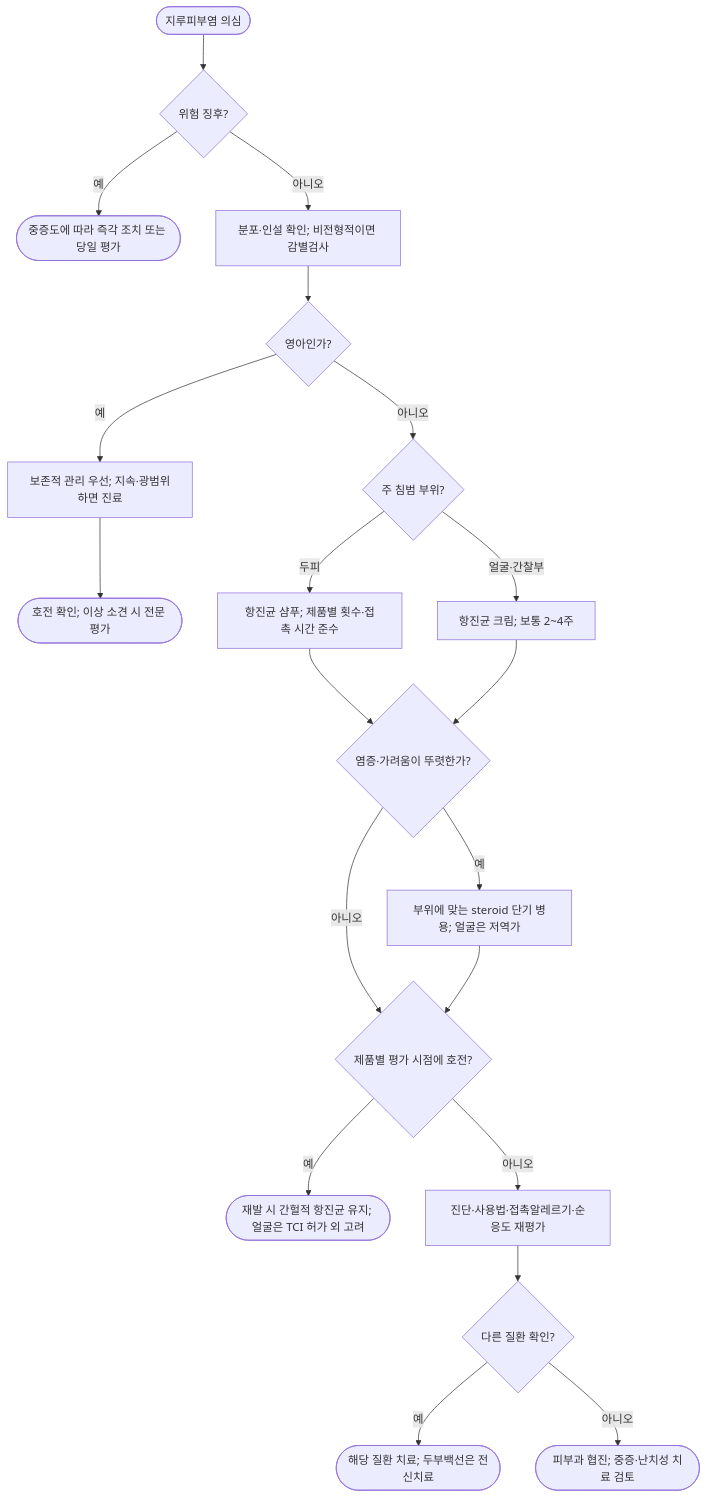
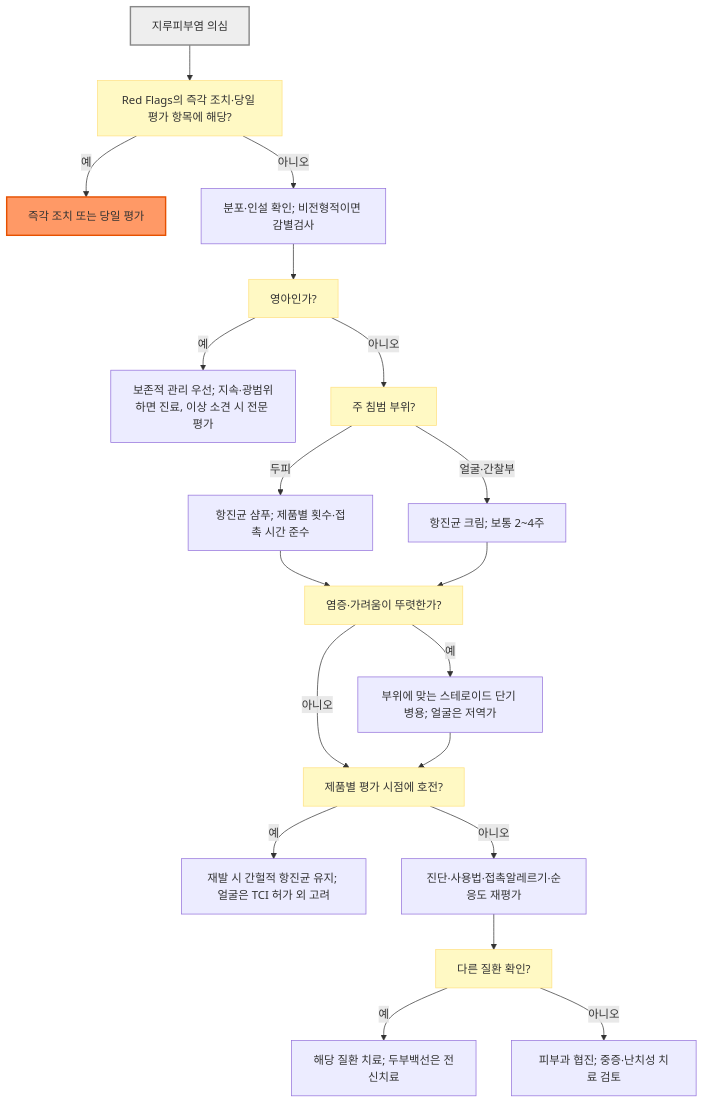
One commit to familyoh77/familyoh77 changed the diagram in 229_/162_-seborrheic-dermatitis.md. Above: the diagram before and after it, drawn with Mermaid. The commit also changed other lines of this file and 16 other files, not shown here.

````diff
--- a/229_/162_-seborrheic-dermatitis.md
+++ b/229_/162_-seborrheic-dermatitis.md
@@ -82,22 +82,26 @@
 ```mermaid
 flowchart TD
-    Start(["지루피부염 의심"]) --> Red{"위험 징후?"}
-    Red -->|예| Urgent(["중증도에 따라 즉각 조치 또는 당일 평가"])
-    Red -->|아니오| Dx["분포·인설 확인; 비전형적이면 감별검사"]
-    Dx --> Infant{"영아인가?"}
-    Infant -->|예| Baby["보존적 관리 우선; 지속·광범위하면 진료"]
-    Baby --> BabyEnd(["호전 확인; 이상 소견 시 전문 평가"])
-    Infant -->|아니오| Area{"주 침범 부위?"}
-    Area -->|두피| Scalp["항진균 샴푸; 제품별 횟수·접촉 시간 준수"]
-    Area -->|얼굴·간찰부| Face["항진균 크림; 보통 2~4주"]
-    Scalp --> Inflammation{"염증·가려움이 뚜렷한가?"}
+    Start["지루피부염 의심"] --> Red["Red Flags의 즉각 조치·당일 평가 항목에 해당?"]
+    Red -- "예" --> Urgent["즉각 조치 또는 당일 평가"]
+    Red -- "아니오" --> Dx["분포·인설 확인; 비전형적이면 감별검사"]
+    Dx --> Infant["영아인가?"]
+    Infant -- "예" --> Baby["보존적 관리 우선; 지속·광범위하면 진료, 이상 소견 시 전문 평가"]
+    Infant -- "아니오" --> Area["주 침범 부위?"]
+    Area -- "두피" --> Scalp["항진균 샴푸; 제품별 횟수·접촉 시간 준수"]
+    Area -- "얼굴·간찰부" --> Face["항진균 크림; 보통 2~4주"]
+    Scalp --> Inflammation["염증·가려움이 뚜렷한가?"]
     Face --> Inflammation
-    Inflammation -->|예| Anti["부위에 맞는 steroid 단기 병용; 얼굴은 저역가"]
-    Inflammation -->|아니오| Response{"제품별 평가 시점에 호전?"}
+    Inflammation -- "예" --> Anti["부위에 맞는 스테로이드 단기 병용; 얼굴은 저역가"]
+    Inflammation -- "아니오" --> Response["제품별 평가 시점에 호전?"]
     Anti --> Response
-    Response -->|예| Maintain(["재발 시 간헐적 항진균 유지; 얼굴은 TCI 허가 외 고려"])
-    Response -->|아니오| Reassess["진단·사용법·접촉알레르기·순응도 재평가"]
-    Reassess --> Other{"다른 질환 확인?"}
-    Other -->|예| OtherTx(["해당 질환 치료; 두부백선은 전신치료"])
-    Other -->|아니오| Derm(["피부과 협진; 중증·난치성 치료 검토"])
+    Response -- "예" --> Maintain["재발 시 간헐적 항진균 유지; 얼굴은 TCI 허가 외 고려"]
+    Response -- "아니오" --> Reassess["진단·사용법·접촉알레르기·순응도 재평가"]
+    Reassess --> Other["다른 질환 확인?"]
+    Other -- "예" --> OtherTx["해당 질환 치료; 두부백선은 전신치료"]
+    Other -- "아니오" --> Derm["피부과 협진; 중증·난치성 치료 검토"]
+
+    classDef question fill:#fff9c4,stroke:#ffe082
+    class Red,Infant,Area,Inflammation,Response,Other question
+    style Start fill:#eeeeee,stroke:#888888,stroke-width:2px
+    style Urgent fill:#f96,stroke:#e65100,stroke-width:2px
 ```
````
